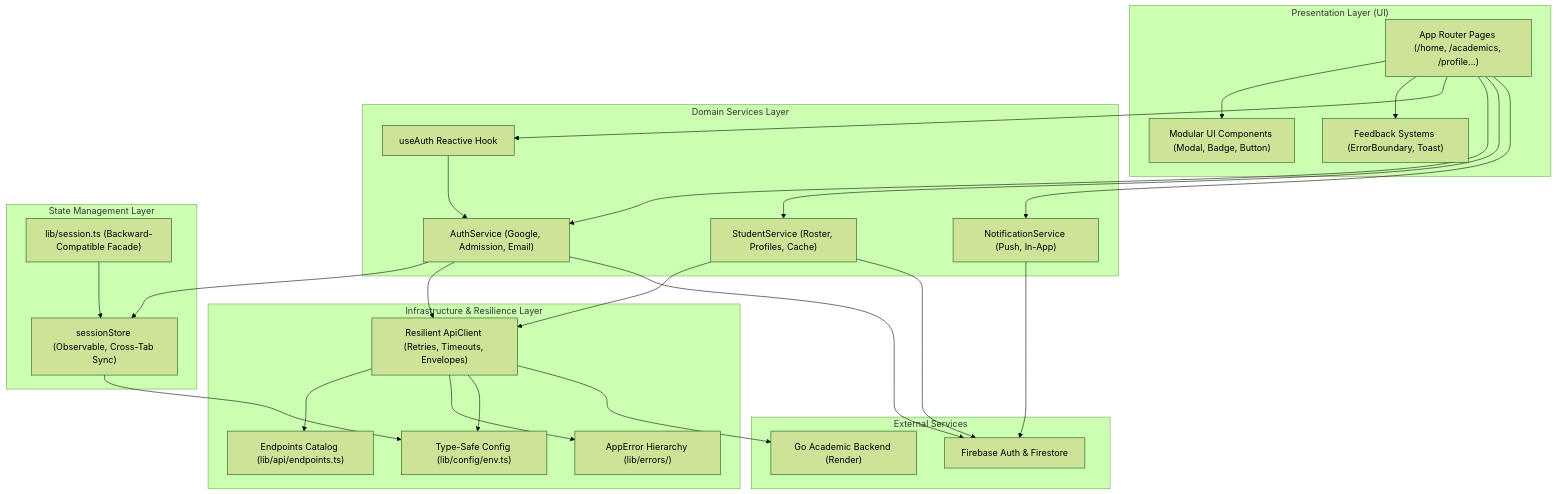
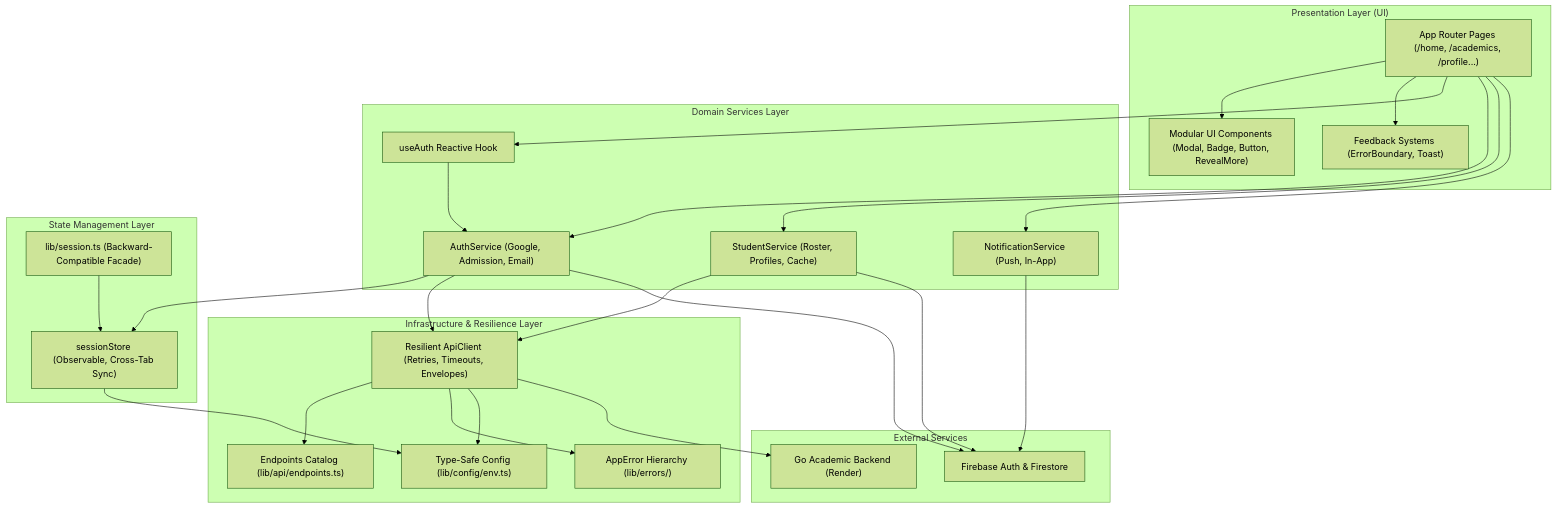
The diagram in ARCHITECTURE.md (nexaCampus/school-webapp), drawn with Mermaid (forest theme) before and after one commit. The commit also changed other lines of this file and 1 other file, not shown here.

````diff
--- a/ARCHITECTURE.md
+++ b/ARCHITECTURE.md
@@ -13,55 +13,55 @@
 ```mermaid
 graph TD
     subgraph Presentation ["Presentation Layer (UI)"]
         Pages["App Router Pages (/home, /academics, /profile...)"]
-        Common["Modular UI Components (Modal, Badge, Button)"]
+        Common["Modular UI Components (Modal, Badge, Button, RevealMore)"]
         Feedback["Feedback Systems (ErrorBoundary, Toast)"]
     end
 
     subgraph DomainServices ["Domain Services Layer"]
         AuthService["AuthService (Google, Admission, Email)"]
         StudentService["StudentService (Roster, Profiles, Cache)"]
         NotifService["NotificationService (Push, In-App)"]
         AuthHook["useAuth Reactive Hook"]
     end
 
     subgraph StateManagement ["State Management Layer"]
         SessionStore["sessionStore (Observable, Cross-Tab Sync)"]
         LegacyFacade["lib/session.ts (Backward-Compatible Facade)"]
     end
 
     subgraph Infrastructure ["Infrastructure & Resilience Layer"]
         ApiClient["Resilient ApiClient (Retries, Timeouts, Envelopes)"]
         Endpoints["Endpoints Catalog (lib/api/endpoints.ts)"]
         ErrorDomain["AppError Hierarchy (lib/errors/)"]
         EnvConfig["Type-Safe Config (lib/config/env.ts)"]
     end
 
     subgraph External ["External Services"]
         Firebase["Firebase Auth & Firestore"]
         GoBackend["Go Academic Backend (Render)"]
     end
 
     Pages --> Common
     Pages --> Feedback
     Pages --> AuthHook
     AuthHook --> AuthService
     Pages --> AuthService
     Pages --> StudentService
     Pages --> NotifService
 
     AuthService --> SessionStore
     AuthService --> ApiClient
     AuthService --> Firebase
     StudentService --> ApiClient
     StudentService --> Firebase
     NotifService --> Firebase
 
     LegacyFacade --> SessionStore
     SessionStore --> EnvConfig
 
     ApiClient --> Endpoints
     ApiClient --> ErrorDomain
     ApiClient --> EnvConfig
     ApiClient --> GoBackend
 ```
````
